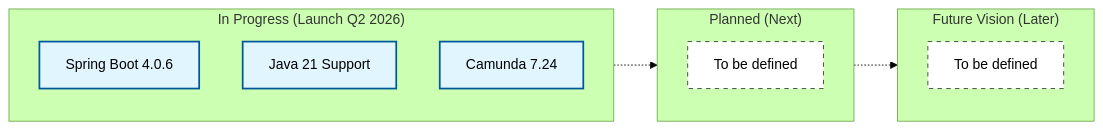
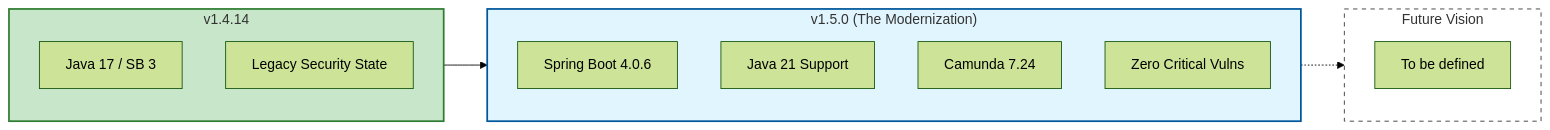
Before and after one commit to wkspower/wks-platform: the diagram in apps/react/docs/docs/roadmap.md, drawn with Mermaid (forest theme). The commit also changed other lines of this file, not shown here.

Commit message:
docs(roadmap): finalize v1.5.0 modernization release documentation
- Restructured roadmap.md to a professional version-centric strategy.

- Established v1.4.14 as the legacy production baseline.

- Introduced v1.5.0 as the Modernization Release (JDK 21, Spring Boot 4, Camunda 7.24).

- Added comprehensive v1.5.0.md release notes with zero-vulnerability audit results.

- Standardized branding and removed stability labels for a cleaner look.

````diff
--- a/apps/react/docs/docs/roadmap.md
+++ b/apps/react/docs/docs/roadmap.md
@@ -11,30 +11,38 @@
 ```mermaid
 flowchart LR
-    %% Stage 1: In Progress
-    subgraph G1 ["In Progress (Launch Q2 2026)"]
+    %% v1.4.14: Legacy Version
+    subgraph V14 ["v1.4.14"]
+        direction TB
+        L1[Java 17 / SB 3]
+        L2[Legacy Security State]
+    end
+
+    %% v1.5.0: Next Release
+    subgraph V15 ["v1.5.0 (The Modernization)"]
         direction TB
         A[Spring Boot 4.0.6]
         B[Java 21 Support]
         C[Camunda 7.24]
+        S[Zero Critical Vulns]
     end
 
-    %% Stage 2: Planned
-    subgraph G2 ["Planned (Next)"]
-        TBD1[To be defined]
+    %% Future: TBD
+    subgraph V_FUTURE ["Future Vision"]
+        direction TB
+        F1[To be defined]
     end
 
-    %% Stage 3: Future Vision
-    subgraph G3 ["Future Vision (Later)"]
-        TBD2[To be defined]
-    end
-
-    %% Logical Flow connecting subgraphs directly
-    G1 -.-> G2
-    G2 -.-> G3
+    %% Logical Flow
+    V14 --> V15
+    V15 -.-> V_FUTURE
 
     %% Styling
+    classDef completed fill:#c8e6c9,stroke:#2e7d32,stroke-width:2px;
     classDef inprogress fill:#e1f5fe,stroke:#01579b,stroke-width:2px;
     classDef planned fill:#fff,stroke:#333,stroke-width:1px,stroke-dasharray: 5 5;
-    class A,B,C inprogress;
-    class TBD1,TBD2 planned;
+    
+    class V14 completed;
+    class V15 inprogress;
+    class V_FUTURE planned;
+    class L1,L2,A,B,C,S,F1 text;
 ```
````
